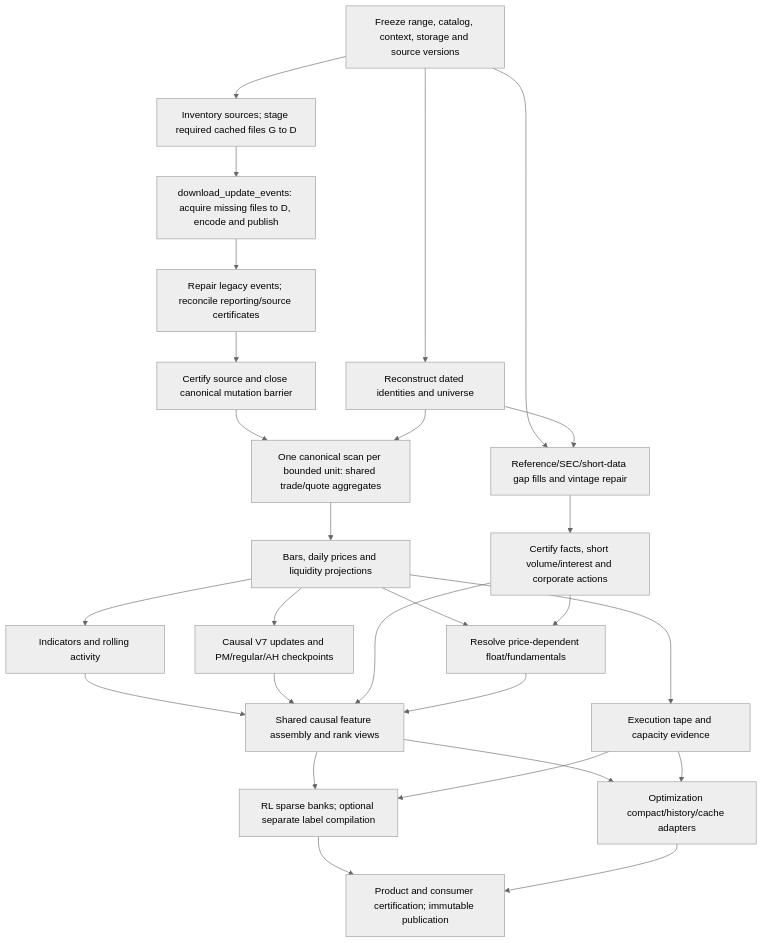
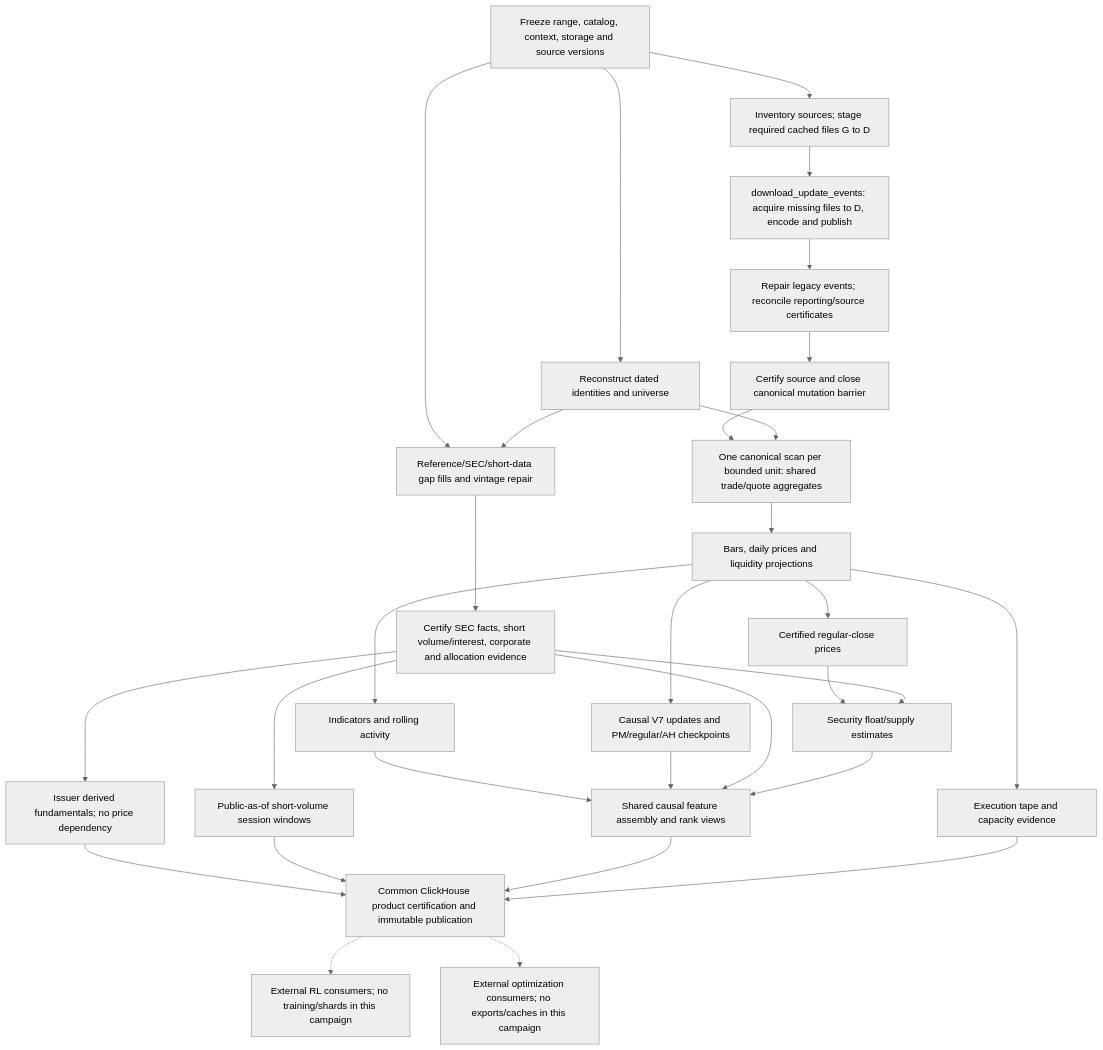
One commit to farajimhd/quant-research-workbench changed the diagram in docs/data_contracts/certified_research_dataset/09-execution.md. Above: the diagram before and after it, drawn with Mermaid (neutral theme). The commit also changed other lines of this file and 2 other files, not shown here.

Commit message:
feat(data): compile shared issuer and security reference execution graph

````diff
--- a/docs/data_contracts/certified_research_dataset/09-execution.md
+++ b/docs/data_contracts/certified_research_dataset/09-execution.md
@@ -17,29 +17,32 @@
 ```mermaid
 flowchart TD
  P[Freeze range, catalog, context, storage and source versions] --> U[Reconstruct dated identities and universe]
  P --> R[Reference/SEC/short-data gap fills and vintage repair]
  P --> H[Inventory sources; stage required cached files G to D]
  H --> Q[download_update_events: acquire missing files to D, encode and publish]
  Q --> M[Repair legacy events; reconcile reporting/source certificates]
  M --> S[Certify source and close canonical mutation barrier]
  S --> A[One canonical scan per bounded unit: shared trade/quote aggregates]
  U --> A
  A --> B[Bars, daily prices and liquidity projections]
  B --> I[Indicators and rolling activity]
  B --> V[Causal V7 updates and PM/regular/AH checkpoints]
  B --> E[Execution tape and capacity evidence]
  U --> R
- R --> F[Certify facts, short volume/interest and corporate actions]
- B --> D[Resolve price-dependent float/fundamentals]
+ R --> F[Certify SEC facts, short volume/interest, corporate and allocation evidence]
+ F --> DF[Issuer derived fundamentals; no price dependency]
+ B --> DP[Certified regular-close prices]
+ DP --> D[Security float/supply estimates]
  F --> D
+ F --> SP[Public-as-of short-volume session windows]
  I --> C[Shared causal feature assembly and rank views]
  V --> C
  F --> C
  D --> C
- C --> RL[RL sparse banks; optional separate label compilation]
- C --> O[Optimization compact/history/cache adapters]
- E --> RL
- E --> O
- RL --> Z[Product and consumer certification; immutable publication]
- O --> Z
+ DF --> Z[Common ClickHouse product certification and immutable publication]
+ SP --> Z
+ C --> Z
+ E --> Z
+ Z -.-> RL[External RL consumers; no training/shards in this campaign]
+ Z -.-> O[External optimization consumers; no exports/caches in this campaign]
 ```
````
